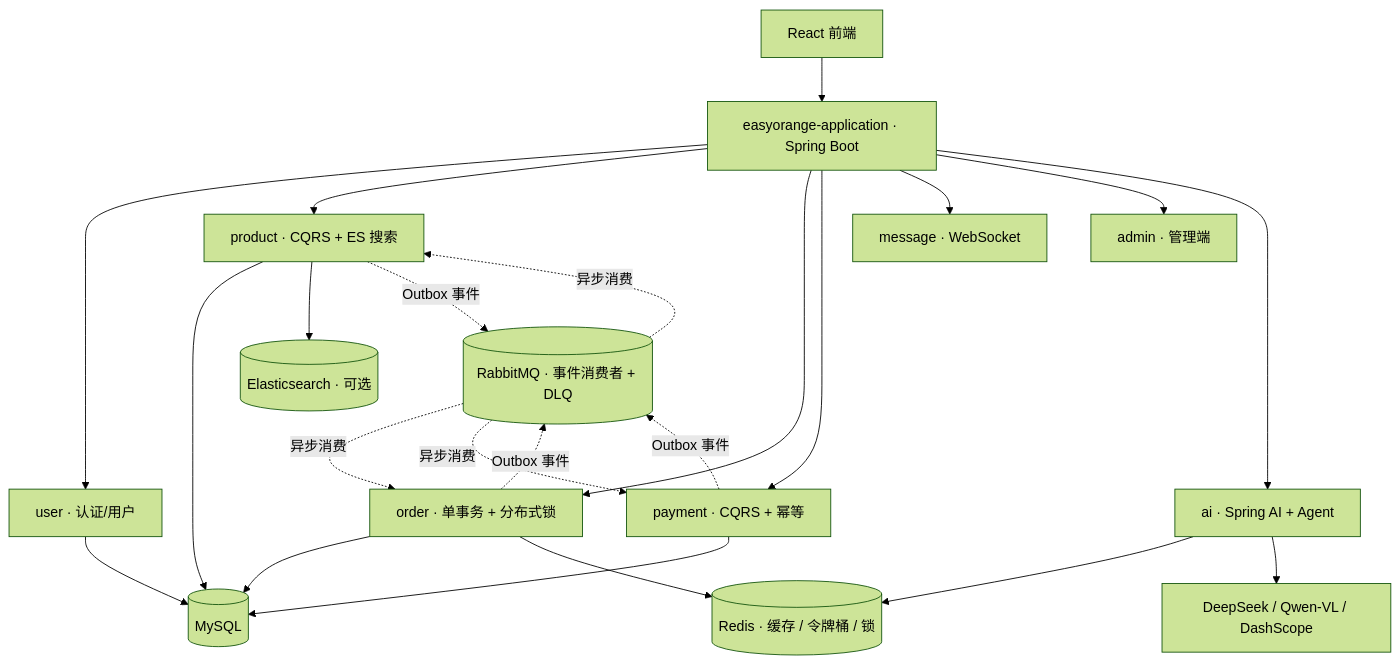
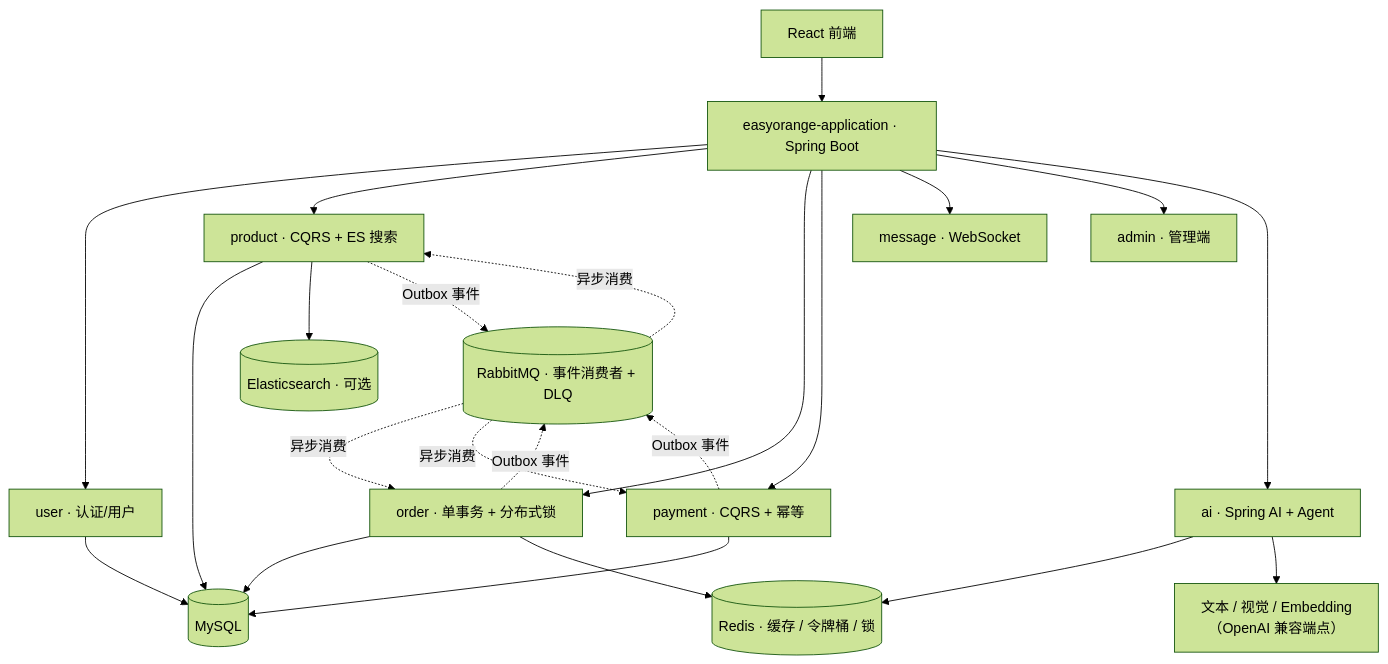
Before and after one commit to Xytheria-t/EasyOrange: the diagram in README.md, drawn with Mermaid (forest theme). The commit also changed other lines of this file and 13 other files, not shown here.

````diff
--- a/README.md
+++ b/README.md
@@ -82,42 +82,42 @@
 ```mermaid
 flowchart TB
     FE["React 前端"]
     APP["easyorange-application · Spring Boot"]
     USER["user · 认证/用户"]
     PROD["product · CQRS + ES 搜索"]
     ORD["order · 单事务 + 分布式锁"]
     PAY["payment · CQRS + 幂等"]
     MSG["message · WebSocket"]
     ADMIN["admin · 管理端"]
     AI["ai · Spring AI + Agent"]
     MQ[("RabbitMQ · 事件消费者 + DLQ")]
     DB[("MySQL")]
     REDIS[("Redis · 缓存 / 令牌桶 / 锁")]
     ES[("Elasticsearch · 可选")]
-    LLM["DeepSeek / Qwen-VL / DashScope"]
+    LLM["文本 / 视觉 / Embedding<br/>（OpenAI 兼容端点）"]
 
     FE --> APP
     APP --> USER
     APP --> PROD
     APP --> ORD
     APP --> PAY
     APP --> MSG
     APP --> ADMIN
     APP --> AI
 
     USER --> DB
     PROD --> DB
     ORD --> DB
     PAY --> DB
     PROD --> ES
     ORD --> REDIS
     AI --> REDIS
     AI --> LLM
 
     PROD -. "Outbox 事件" .-> MQ
     ORD -. "Outbox 事件" .-> MQ
     PAY -. "Outbox 事件" .-> MQ
     MQ -. "异步消费" .-> PROD
     MQ -. "异步消费" .-> ORD
     MQ -. "异步消费" .-> PAY
 ```
````
